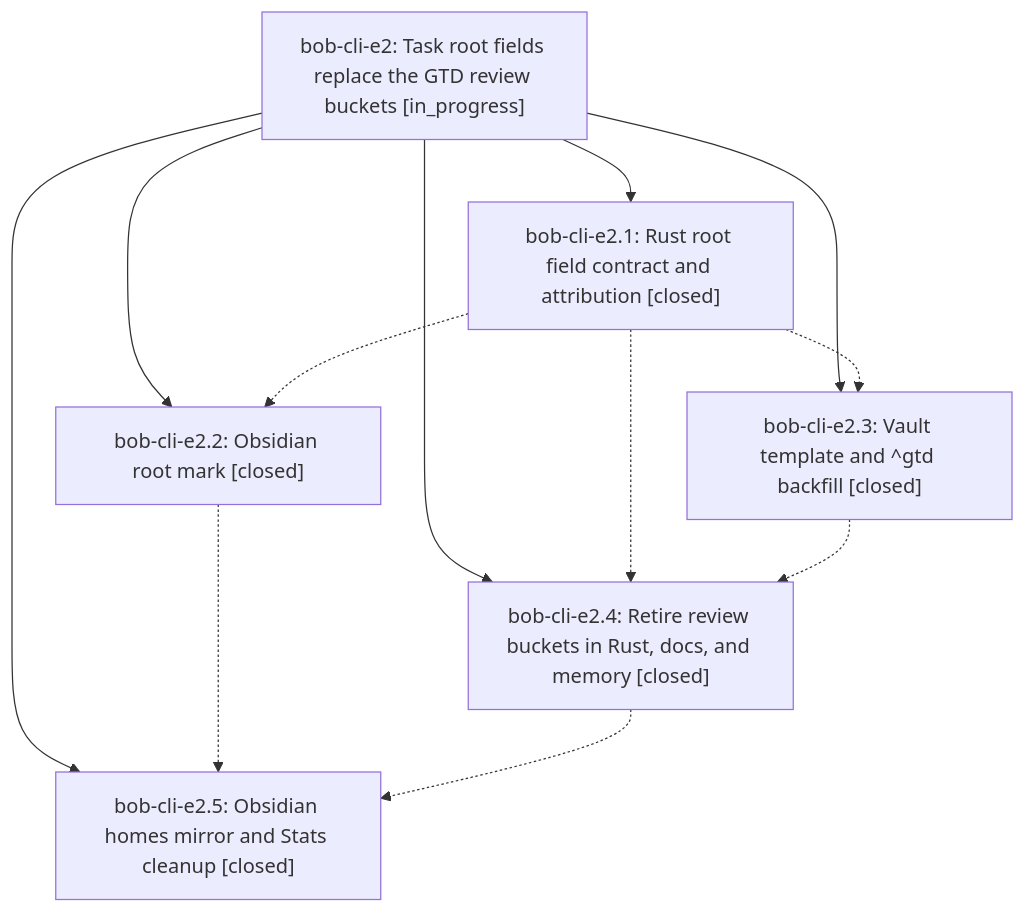
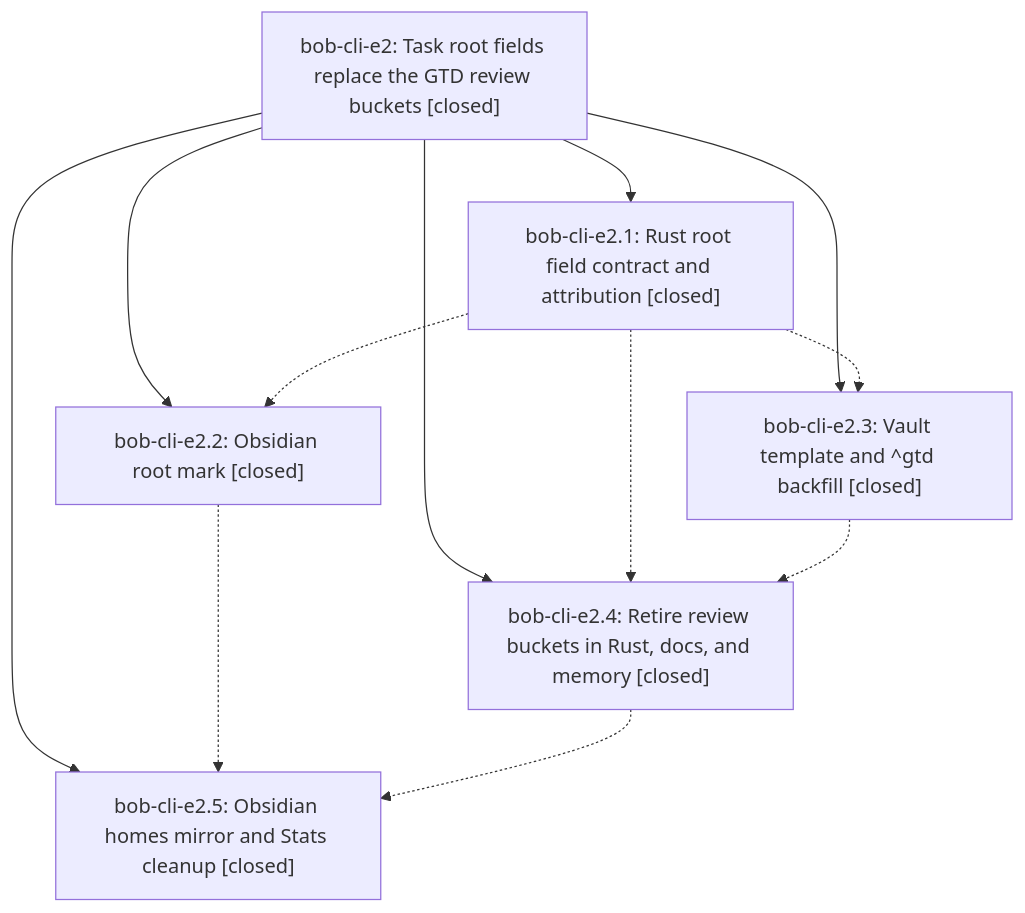
The diagram in pages/bob-cli-e2/README.md (bobs-org/bob-cli--beads), drawn with Mermaid before and after one commit. The commit also changed other lines of this file and 1 other file, not shown here.

First line of the commit message:
chore(beads): sync bead state and pages for bob-cli-e2

````diff
--- a/pages/bob-cli-e2/README.md
+++ b/pages/bob-cli-e2/README.md
@@ -42,20 +56,20 @@
 ```mermaid
 flowchart TD
-    n0["bob-cli-e2: Task root fields replace the GTD review buckets [in_progress]"]
+    n0["bob-cli-e2: Task root fields replace the GTD review buckets [closed]"]
     n1["bob-cli-e2.1: Rust root field contract and attribution [closed]"]
     n2["bob-cli-e2.2: Obsidian root mark [closed]"]
     n3["bob-cli-e2.3: Vault template and ^gtd backfill [closed]"]
     n4["bob-cli-e2.4: Retire review buckets in Rust, docs, and memory [closed]"]
     n5["bob-cli-e2.5: Obsidian homes mirror and Stats cleanup [closed]"]
     n0 --> n1
     n0 --> n2
     n0 --> n3
     n0 --> n4
     n0 --> n5
     n1 -.-> n2
     n1 -.-> n3
     n1 -.-> n4
     n2 -.-> n5
     n3 -.-> n4
     n4 -.-> n5
 ```
````
